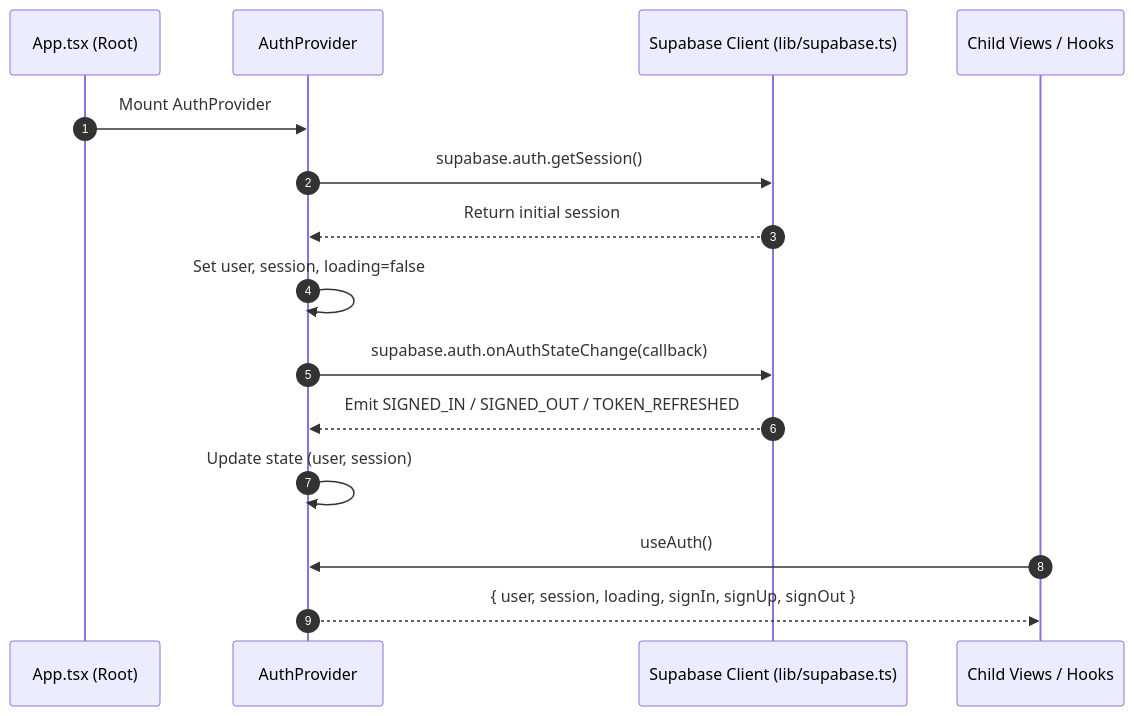
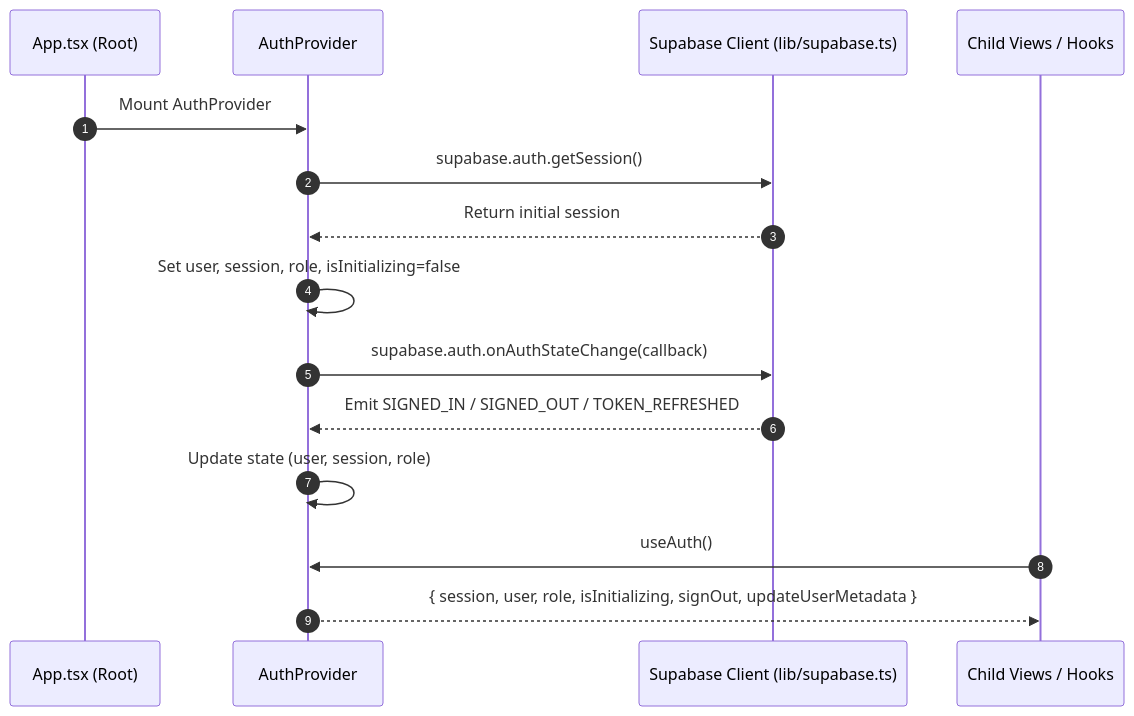
One commit to VictorBravo9er/Teacher-Assistant-Workspace changed the diagram in frontend/src/contexts/code.ARCH.md. Above: the diagram before and after it, drawn with Mermaid. The commit also changed 21 other files, not shown here.

````diff
--- a/frontend/src/contexts/code.ARCH.md
+++ b/frontend/src/contexts/code.ARCH.md
@@ -9,18 +9,18 @@
 ```mermaid
 sequenceDiagram
     autonumber
     participant App as App.tsx (Root)
     participant AuthContext as AuthProvider
     participant Supabase as Supabase Client (lib/supabase.ts)
     participant Views as Child Views / Hooks
 
     App->>AuthContext: Mount AuthProvider
     AuthContext->>Supabase: supabase.auth.getSession()
     Supabase-->>AuthContext: Return initial session
-    AuthContext->>AuthContext: Set user, session, loading=false
+    AuthContext->>AuthContext: Set user, session, role, isInitializing=false
     AuthContext->>Supabase: supabase.auth.onAuthStateChange(callback)
     Supabase-->>AuthContext: Emit SIGNED_IN / SIGNED_OUT / TOKEN_REFRESHED
-    AuthContext->>AuthContext: Update state (user, session)
+    AuthContext->>AuthContext: Update state (user, session, role)
     Views->>AuthContext: useAuth()
-    AuthContext-->>Views: { user, session, loading, signIn, signUp, signOut }
+    AuthContext-->>Views: { session, user, role, isInitializing, signOut, updateUserMetadata }
 ```
````
